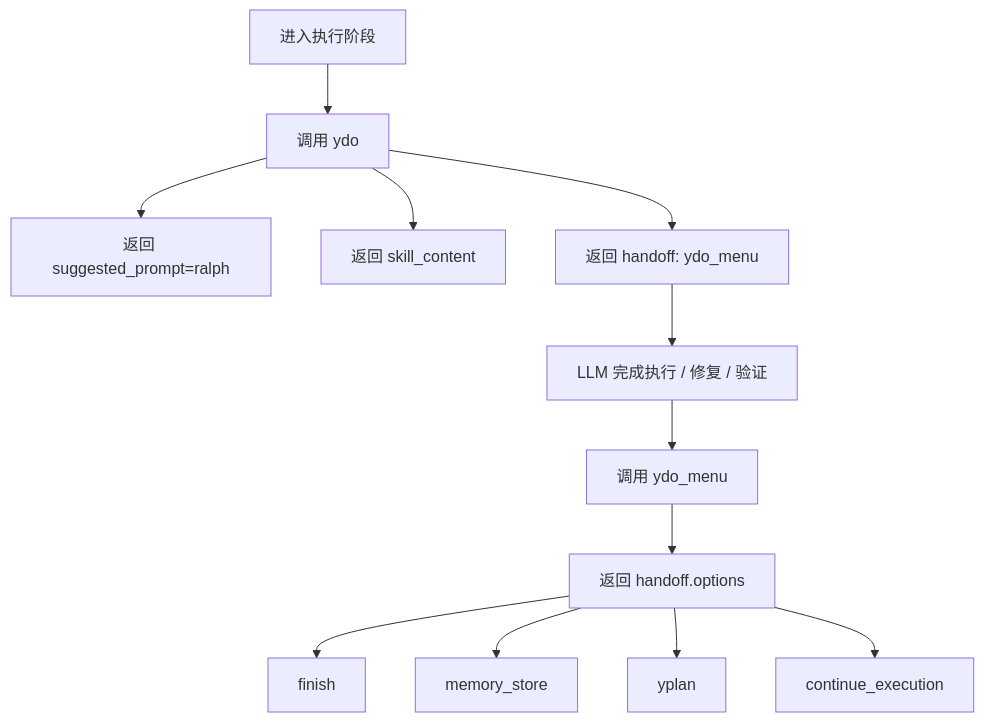
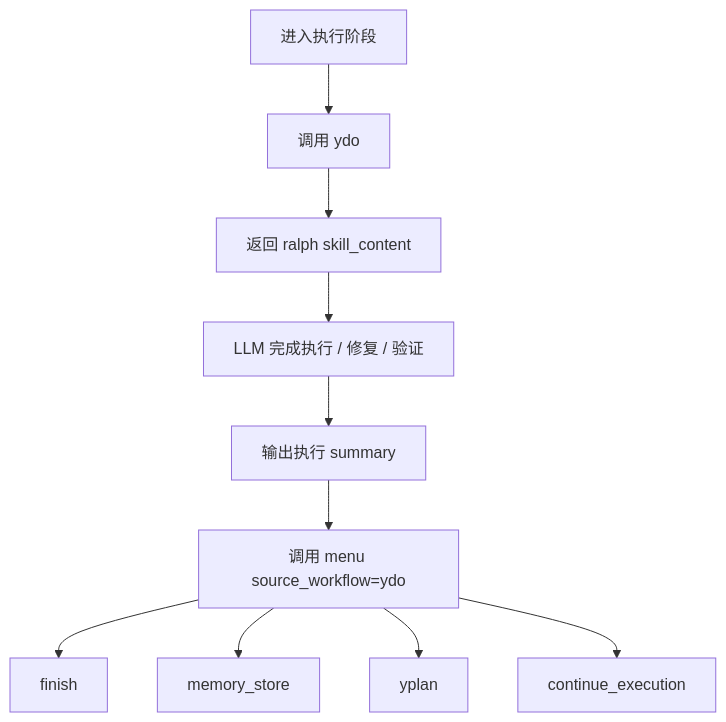
Before and after one commit to CodeyLife/Ymcp: the third of 3 diagrams in docs/current-workflow-flowcharts.md, drawn with Mermaid. The commit also changed other lines of this file and 27 other files, not shown here.

````diff
--- a/docs/current-workflow-flowcharts.md
+++ b/docs/current-workflow-flowcharts.md
@@ -97,14 +36,12 @@
 ```mermaid
 flowchart TD
     A[进入执行阶段] --> B[调用 ydo]
-    B --> C[返回 suggested_prompt=ralph]
-    B --> D[返回 skill_content]
-    B --> E[返回 handoff: ydo_menu]
-    E --> F[LLM 完成执行 / 修复 / 验证]
-    F --> G[调用 ydo_menu]
-    G --> H[返回 handoff.options]
-    H --> I[finish]
-    H --> J[memory_store]
-    H --> K[yplan]
-    H --> L[continue_execution]
+    B --> C[返回 ralph skill_content]
+    C --> D[LLM 完成执行 / 修复 / 验证]
+    D --> E[输出执行 summary]
+    E --> F[调用 menu source_workflow=ydo]
+    F --> G[finish]
+    F --> H[memory_store]
+    F --> I[yplan]
+    F --> J[continue_execution]
 ```
````
